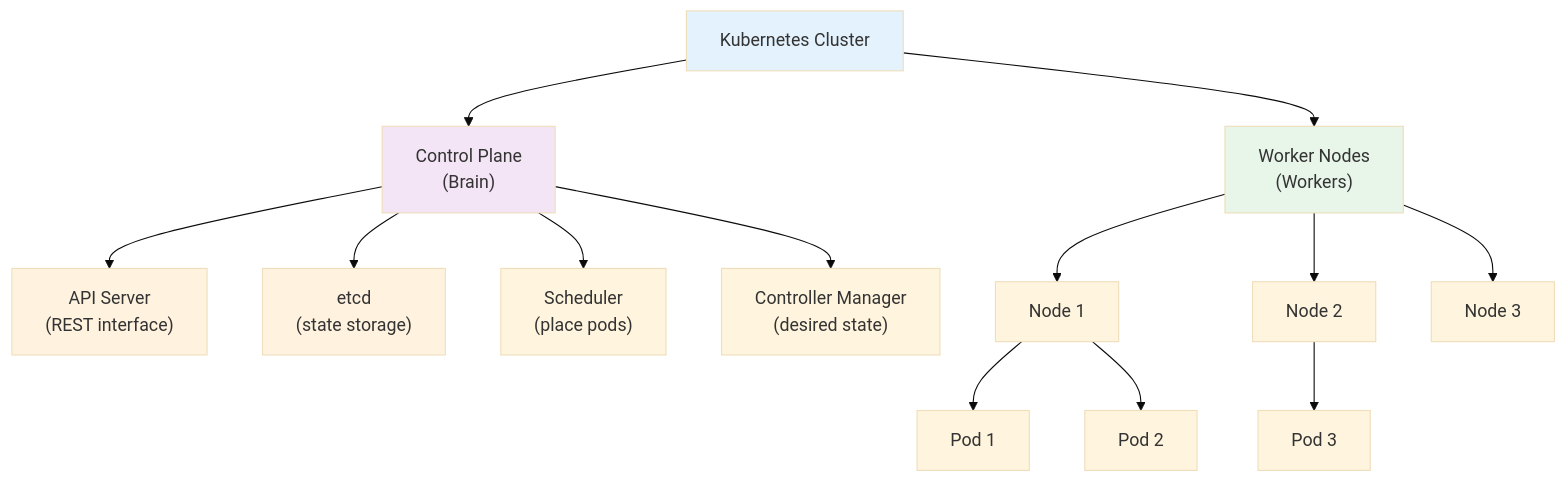
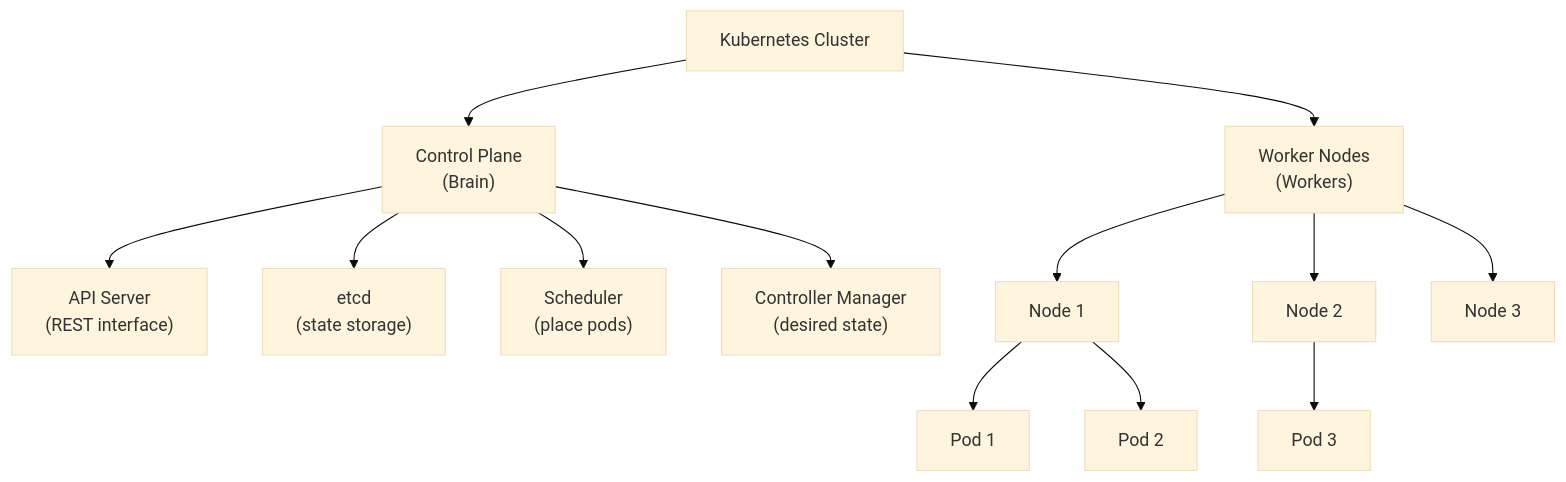
The first of 2 diagrams in docs/theory/03-kubernetes-fundamentals.md (nitinkc/DevOpsLearning), drawn with Mermaid (base theme) before and after one commit. The commit also changed other lines of this file and 46 other files, not shown here.

````diff
--- a/docs/theory/03-kubernetes-fundamentals.md
+++ b/docs/theory/03-kubernetes-fundamentals.md
@@ -32,25 +34,19 @@
-<div class="mermaid">
+```mermaid
 graph TB
     A["Kubernetes Cluster"]
     A --> B["Control Plane<br/>(Brain)"]
     A --> C["Worker Nodes<br/>(Workers)"]
     
     B --> B1["API Server<br/>(REST interface)"]
     B --> B2["etcd<br/>(state storage)"]
     B --> B3["Scheduler<br/>(place pods)"]
     B --> B4["Controller Manager<br/>(desired state)"]
     
     C --> C1["Node 1"]
     C --> C2["Node 2"]
     C --> C3["Node 3"]
     
     C1 --> C1A["Pod 1"]
     C1 --> C1B["Pod 2"]
     C2 --> C2A["Pod 3"]
-    
-    style A fill:#e3f2fd
-    style B fill:#f3e5f5
-    style C fill:#e8f5e9
-    style B1 fill:#fff3e0
-    style B2 fill:#fff3e0
-</div>
+```
````
